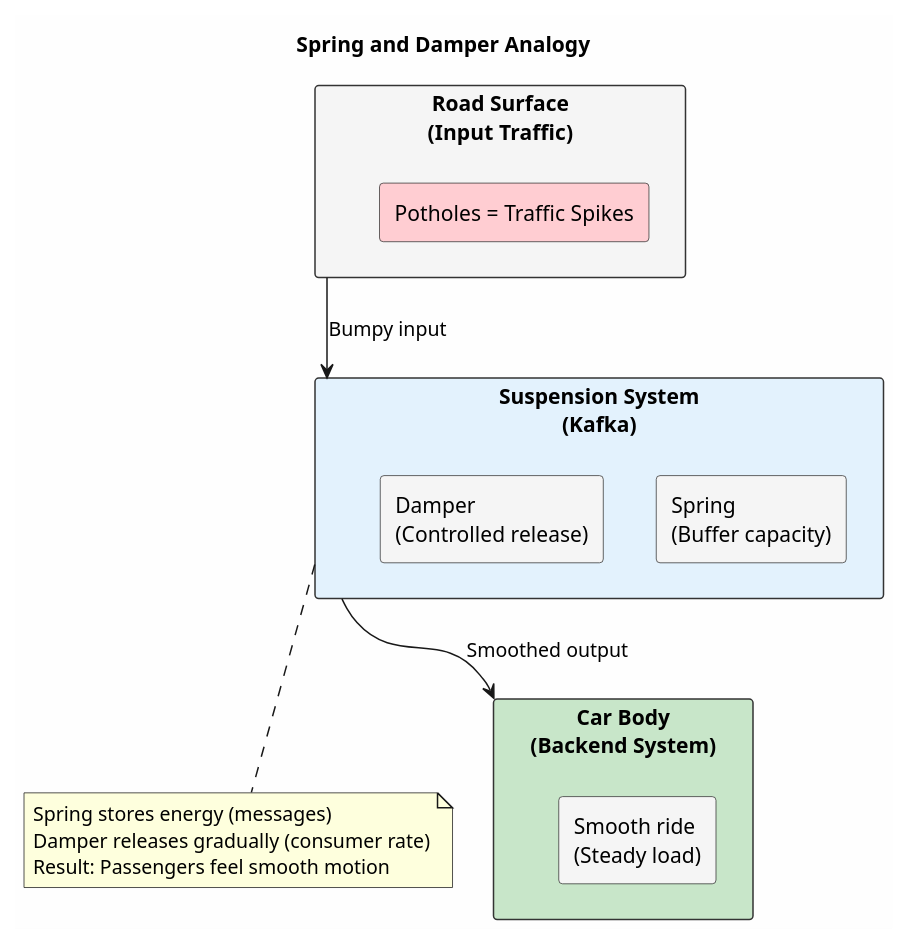
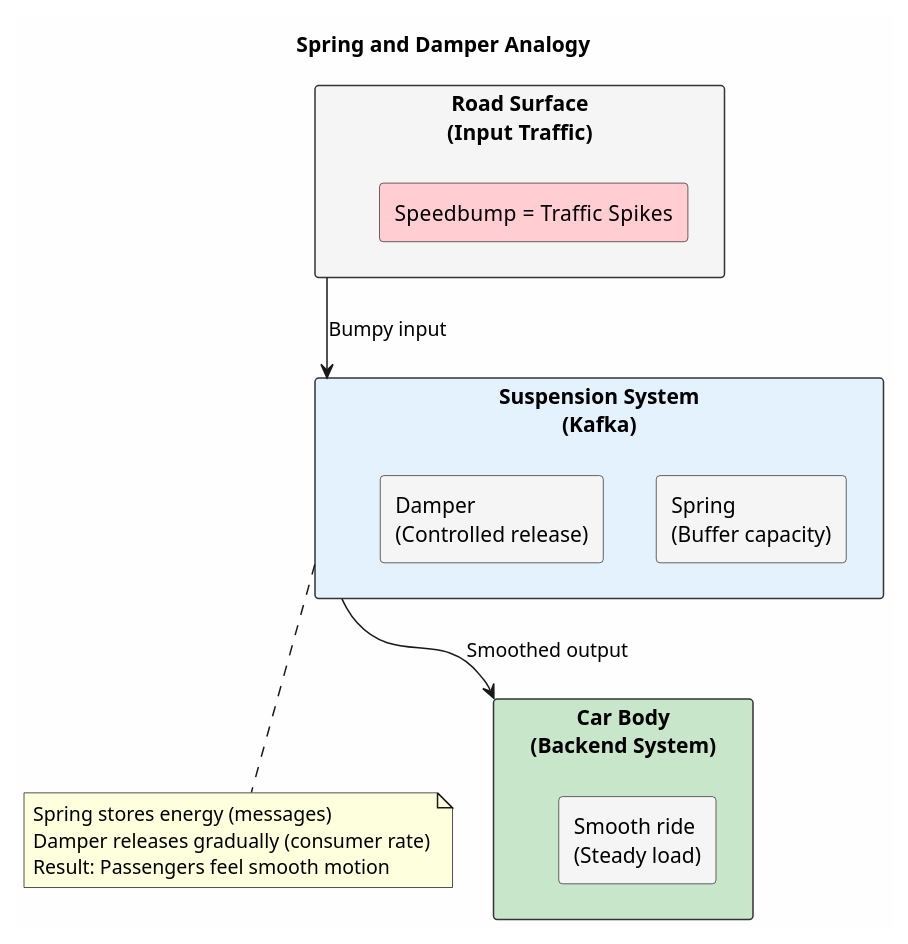
One commit to axonops/documentation changed the first of 15 diagrams in docs/data-platforms/kafka/application-development/patterns/shock-absorber.md. Above: the diagram before and after it, drawn with PlantUML.

Commit message:
Fixed some wordings for the shock absorber pattern

````diff
--- a/docs/data-platforms/kafka/application-development/patterns/shock-absorber.md
+++ b/docs/data-platforms/kafka/application-development/patterns/shock-absorber.md
@@ -72,33 +72,33 @@
 ```plantuml
 @startuml
 skinparam backgroundColor #FEFEFE
 skinparam rectangle {
     BackgroundColor #F5F5F5
     BorderColor #333333
 }
 
 title Spring and Damper Analogy
 
 rectangle "Road Surface\n(Input Traffic)" as road {
-    rectangle "Potholes = Traffic Spikes" as pothole #FFCDD2
+    rectangle "Speedbump  = Traffic Spikes" as speedbump #FFCDD2
 }
 
 rectangle "Suspension System\n(Kafka)" as suspension #E3F2FD {
     rectangle "Spring\n(Buffer capacity)" as spring
     rectangle "Damper\n(Controlled release)" as damper
 }
 
 rectangle "Car Body\n(Backend System)" as body #C8E6C9 {
     rectangle "Smooth ride\n(Steady load)" as smooth
 }
 
 road --> suspension : Bumpy input
 suspension --> body : Smoothed output
 
 note bottom of suspension
 Spring stores energy (messages)
 Damper releases gradually (consumer rate)
 Result: Passengers feel smooth motion
 end note
 @enduml
 ```
````
